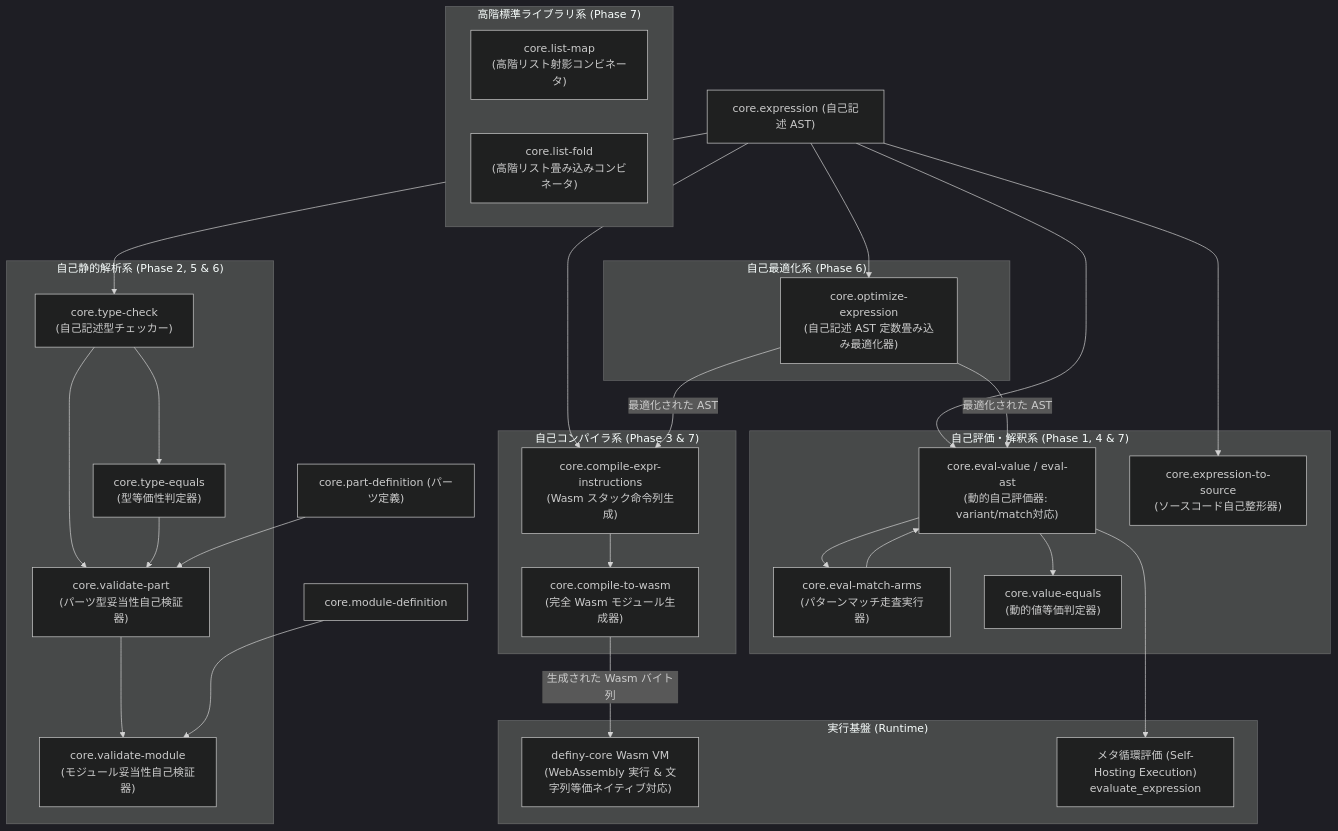
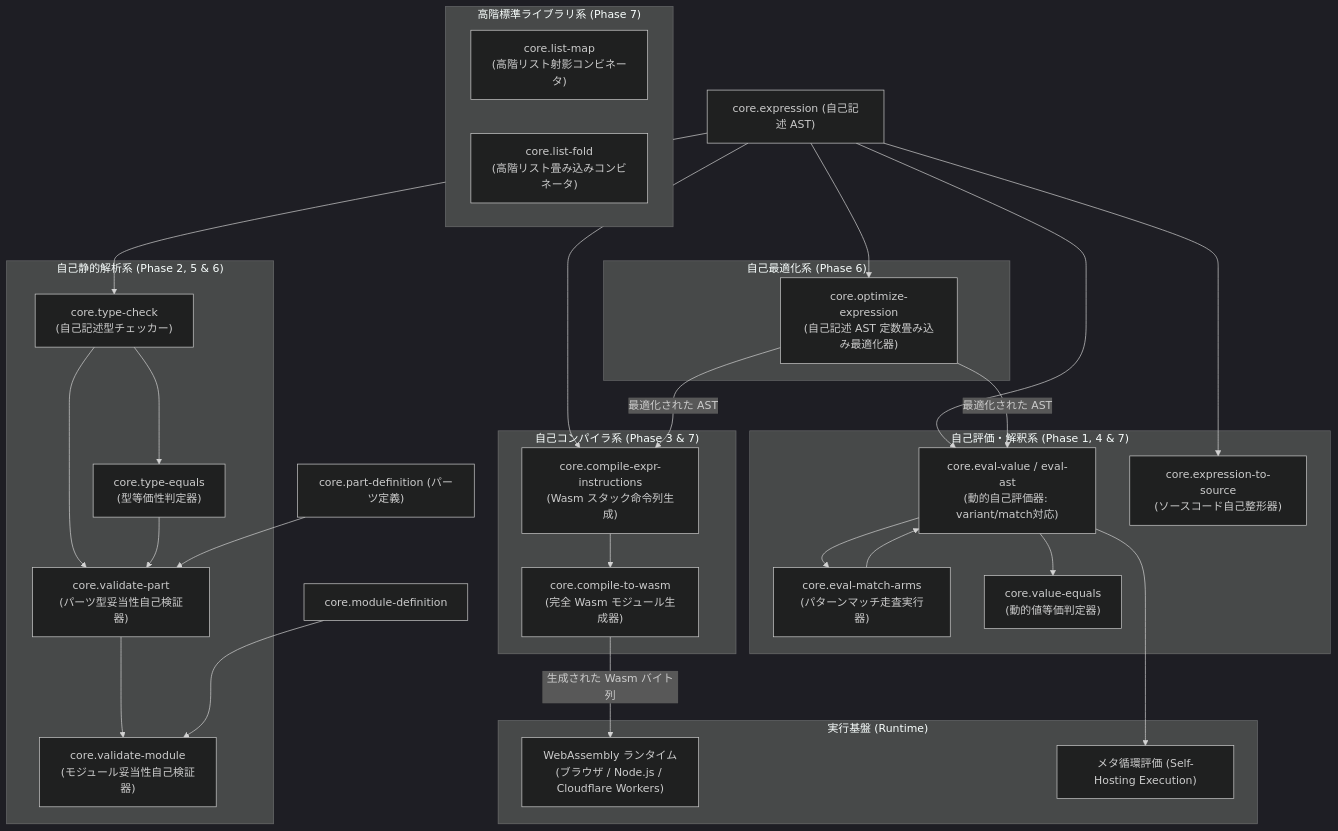
Before and after one commit to narumincho/definy: the diagram in docs/self-hosting.md, drawn with Mermaid (dark theme). The commit also changed other lines of this file and 39 other files, not shown here.

````diff
--- a/docs/self-hosting.md
+++ b/docs/self-hosting.md
@@ -148,62 +146,62 @@
 ```mermaid
 graph TD
     ExpressionAST["core.expression (自己記述 AST)"]
     PartDef["core.part-definition (パーツ定義)"]
 
     subgraph "自己評価・解釈系 (Phase 1, 4 & 7)"
         Evaluator["core.eval-value / eval-ast<br/>(動的自己評価器: variant/match対応)"]
         MatchArms["core.eval-match-arms<br/>(パターンマッチ走査実行器)"]
         ValueEquals["core.value-equals<br/>(動的値等価判定器)"]
         Formatter["core.expression-to-source<br/>(ソースコード自己整形器)"]
     end
 
     subgraph "高階標準ライブラリ系 (Phase 7)"
         ListMap["core.list-map<br/>(高階リスト射影コンビネータ)"]
         ListFold["core.list-fold<br/>(高階リスト畳み込みコンビネータ)"]
     end
 
     subgraph "自己静的解析系 (Phase 2, 5 & 6)"
         TypeChecker["core.type-check<br/>(自己記述型チェッカー)"]
         TypeEquals["core.type-equals<br/>(型等価性判定器)"]
         ValidatorPart["core.validate-part<br/>(パーツ型妥当性自己検証器)"]
         ValidatorModule["core.validate-module<br/>(モジュール妥当性自己検証器)"]
     end
 
     subgraph "自己最適化系 (Phase 6)"
         Optimizer["core.optimize-expression<br/>(自己記述 AST 定数畳み込み最適化器)"]
     end
 
     subgraph "自己コンパイラ系 (Phase 3 & 7)"
         CompileInstr["core.compile-expr-instructions<br/>(Wasm スタック命令列生成)"]
         CompileToWasm["core.compile-to-wasm<br/>(完全 Wasm モジュール生成器)"]
     end
 
     subgraph "実行基盤 (Runtime)"
-        WasmVM["definy-core Wasm VM<br/>(WebAssembly 実行 & 文字列等価ネイティブ対応)"]
-        MetaCircular["メタ循環評価 (Self-Hosting Execution)<br/>evaluate_expression"]
+        WasmVM["WebAssembly ランタイム<br/>(ブラウザ / Node.js / Cloudflare Workers)"]
+        MetaCircular["メタ循環評価 (Self-Hosting Execution)"]
     end
 
     ExpressionAST --> Evaluator
     ExpressionAST --> Formatter
     ExpressionAST --> TypeChecker
     ExpressionAST --> Optimizer
     ExpressionAST --> CompileInstr
 
     Evaluator --> MatchArms
     MatchArms --> Evaluator
     Evaluator --> ValueEquals
 
     Optimizer -->|最適化された AST| CompileInstr
     Optimizer -->|最適化された AST| Evaluator
 
     TypeChecker --> TypeEquals
     TypeChecker --> ValidatorPart
     TypeEquals --> ValidatorPart
     PartDef --> ValidatorPart
     ValidatorPart --> ValidatorModule
     ModuleDef["core.module-definition"] --> ValidatorModule
 
     CompileInstr --> CompileToWasm
     CompileToWasm -->|生成された Wasm バイト列| WasmVM
     Evaluator --> MetaCircular
 ```
````
